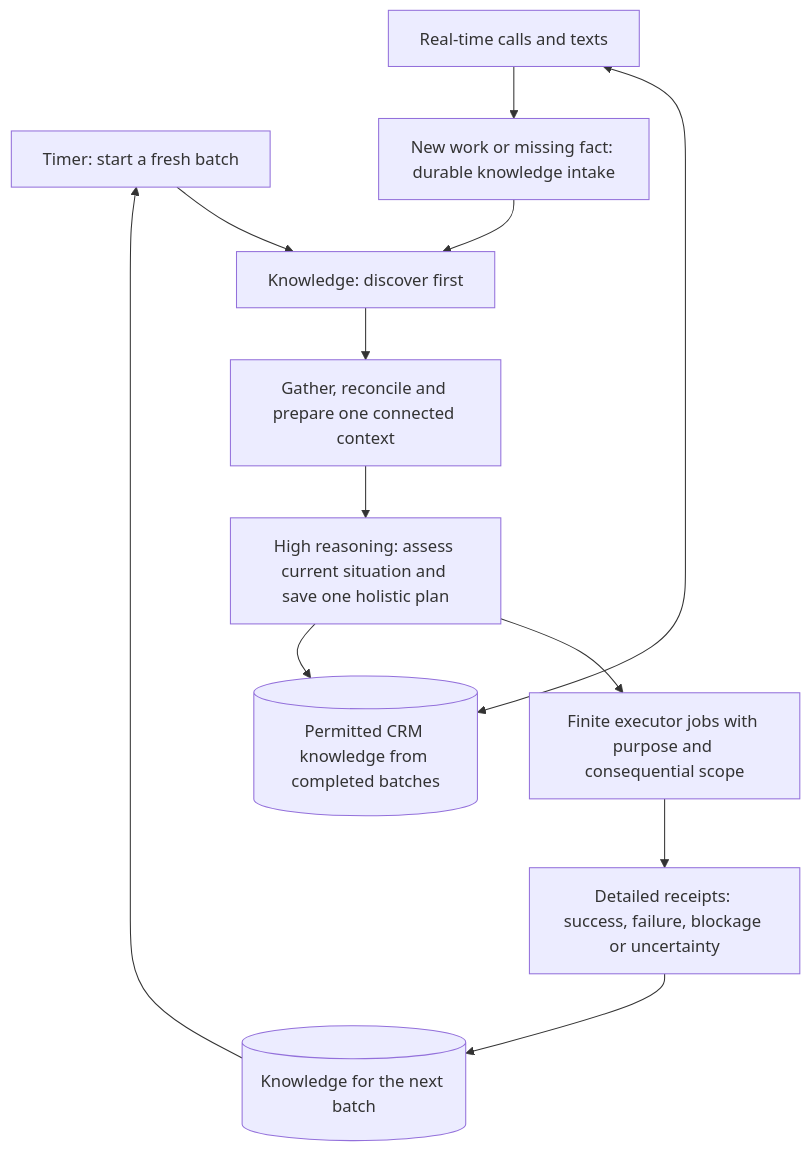
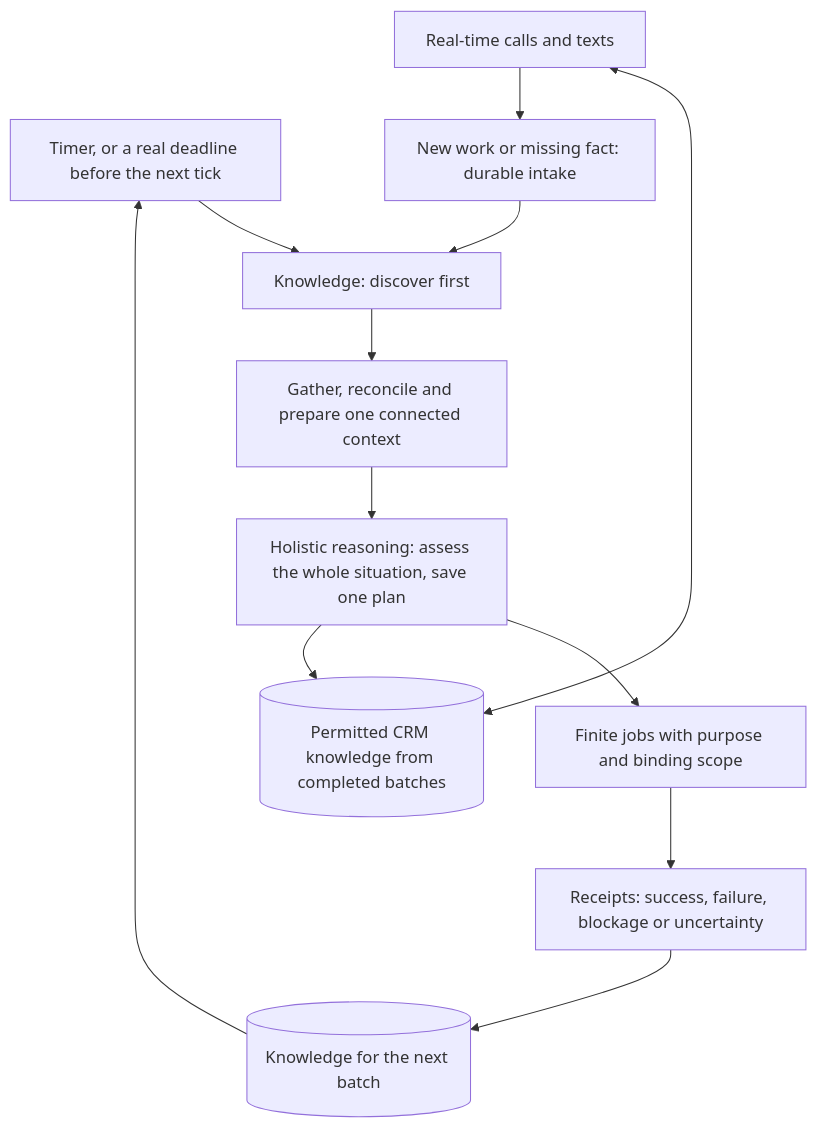
The diagram in DESIGN-FOR-BATCH.md (johnrector/yourstackdoesthat), drawn with Mermaid before and after one commit. The commit also changed other lines of this file and 1 other file, not shown here.

Commit message:
DFB: canonical brief, deadline wake rule, provider-neutral (root)

````diff
--- a/DESIGN-FOR-BATCH.md
+++ b/DESIGN-FOR-BATCH.md
@@ -5,14 +5,14 @@
 ```mermaid
 flowchart TD
-    T[Timer: start a fresh batch] --> K[Knowledge: discover first]
+    T[Timer, or a real deadline before the next tick] --> K[Knowledge: discover first]
     K --> G[Gather, reconcile and prepare one connected context]
-    G --> R[High reasoning: assess current situation and save one holistic plan]
-    R --> E[Finite executor jobs with purpose and consequential scope]
-    E --> P[Detailed receipts: success, failure, blockage or uncertainty]
+    G --> R[Holistic reasoning: assess the whole situation, save one plan]
+    R --> E[Finite jobs with purpose and binding scope]
+    E --> P[Receipts: success, failure, blockage or uncertainty]
     P --> D[(Knowledge for the next batch)]
     D --> T
     C[Real-time calls and texts] <--> M[(Permitted CRM knowledge from completed batches)]
-    C --> I[New work or missing fact: durable knowledge intake]
+    C --> I[New work or missing fact: durable intake]
     I --> K
     R --> M
 ```
````
